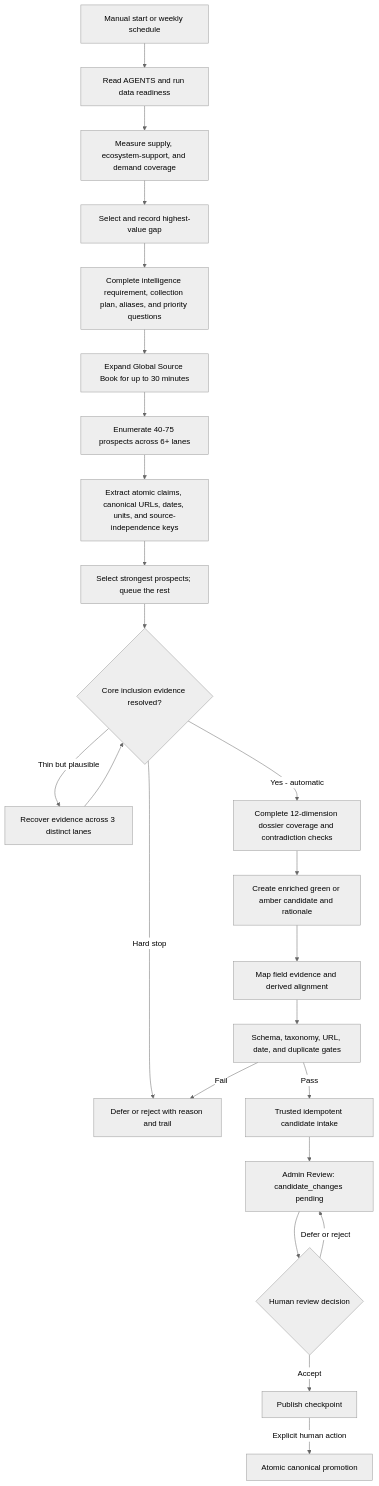
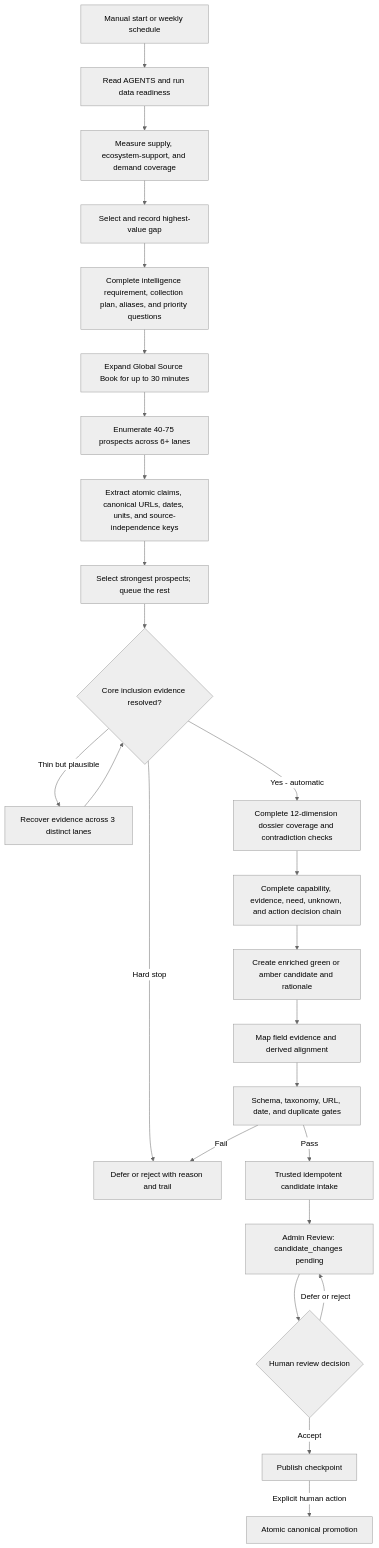
One commit to AndDavies/ecosystem_intelligence changed the first of 6 diagrams in context/governance/Autonomous Ecosystem Research Pipeline.md. Above: the diagram before and after it, drawn with Mermaid (neutral theme). The commit also changed other lines of this file and 7 other files, not shown here.

````diff
--- a/context/governance/Autonomous Ecosystem Research Pipeline.md
+++ b/context/governance/Autonomous Ecosystem Research Pipeline.md
@@ -18,26 +18,27 @@
 ```mermaid
 flowchart TD
   A["Manual start or weekly schedule"] --> B["Read AGENTS and run data readiness"]
   B --> C["Measure supply, ecosystem-support, and demand coverage"]
   C --> D["Select and record highest-value gap"]
   D --> CP["Complete intelligence requirement, collection plan, aliases, and priority questions"]
   CP --> E["Expand Global Source Book for up to 30 minutes"]
   E --> F["Enumerate 40-75 prospects across 6+ lanes"]
   F --> CL["Extract atomic claims, canonical URLs, dates, units, and source-independence keys"]
   CL --> G["Select strongest prospects; queue the rest"]
   G --> H{"Core inclusion evidence resolved?"}
   H -- "Thin but plausible" --> ER["Recover evidence across 3 distinct lanes"]
   ER --> H
   H -- "Hard stop" --> DFR["Defer or reject with reason and trail"]
   H -- "Yes - automatic" --> CV["Complete 12-dimension dossier coverage and contradiction checks"]
-  CV --> I["Create enriched green or amber candidate and rationale"]
+  CV --> DU["Complete capability, evidence, need, unknown, and action decision chain"]
+  DU --> I["Create enriched green or amber candidate and rationale"]
   I --> J["Map field evidence and derived alignment"]
   J --> K["Schema, taxonomy, URL, date, and duplicate gates"]
   K -- "Fail" --> DFR
   K -- "Pass" --> L["Trusted idempotent candidate intake"]
   L --> M["Admin Review: candidate_changes pending"]
   M --> N{"Human review decision"}
   N -- "Defer or reject" --> M
   N -- "Accept" --> O["Publish checkpoint"]
   O -- "Explicit human action" --> P["Atomic canonical promotion"]
 ```
````
